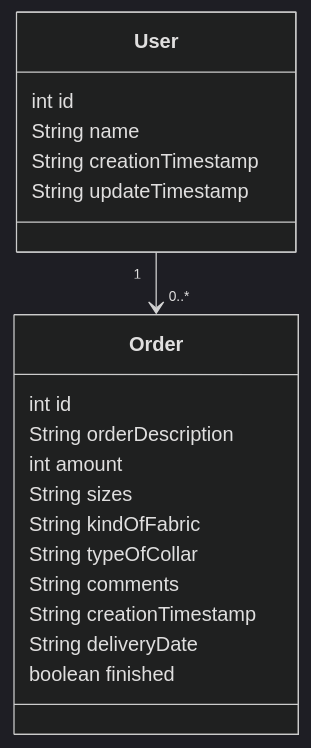
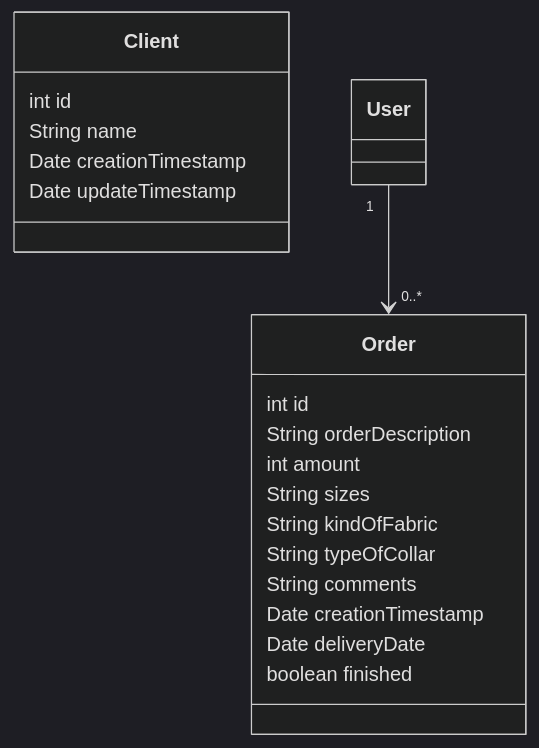
Before and after one commit to Matheussmaced/cadastro-de-pedidos: the diagram in README.md, drawn with Mermaid (dark theme).

````diff
--- a/README.md
+++ b/README.md
@@ -5,24 +5,24 @@
 ```mermaid
 classDiagram
-    class User {
+    class Client {
         int id
         String name
-        String creationTimestamp
-        String updateTimestamp
+        Date creationTimestamp
+        Date updateTimestamp
     }
 
     class Order {
         int id
         String orderDescription
         int amount
         String sizes
         String kindOfFabric
         String typeOfCollar
         String comments
-        String creationTimestamp
-        String deliveryDate
+        Date creationTimestamp
+        Date deliveryDate
         boolean finished
     }
 
     User "1" --> "0..*" Order
 ```
````
